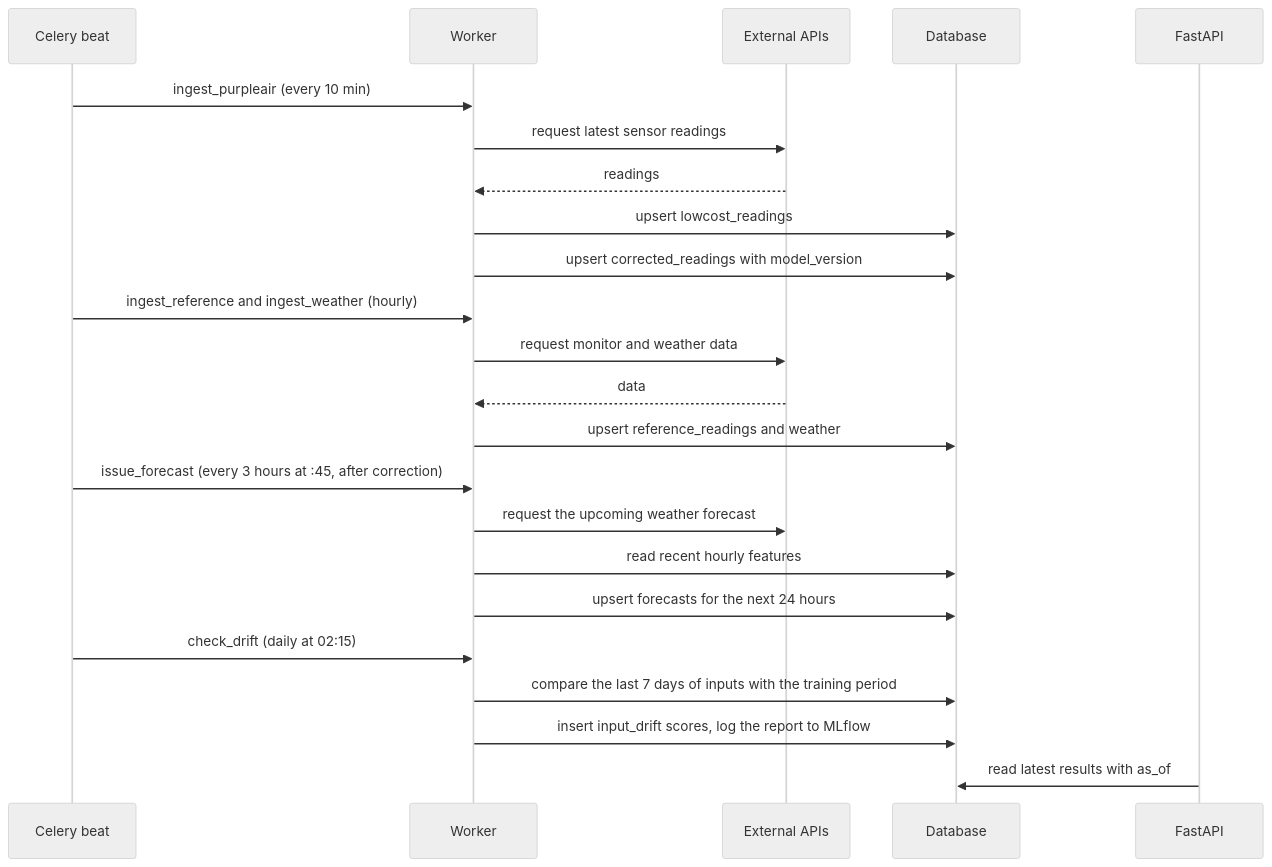
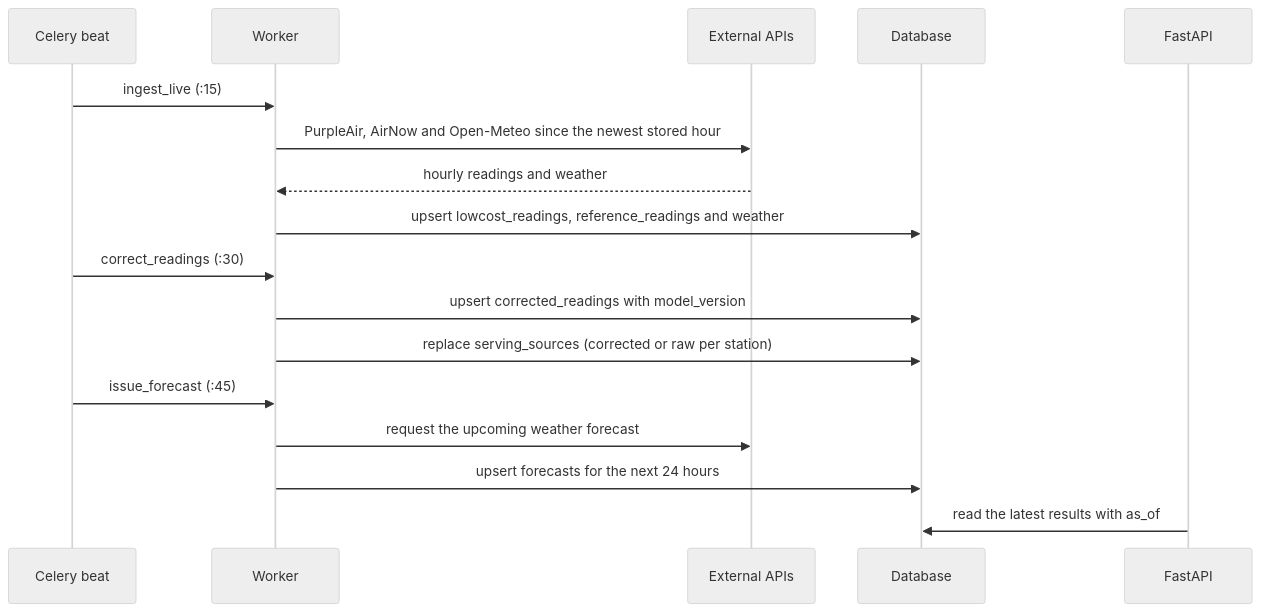
One commit to imhammad/airsight changed the second of 2 diagrams in docs/ARCHITECTURE.md. Above: the diagram before and after it, drawn with Mermaid (neutral theme). The commit also changed other lines of this file and 6 other files, not shown here.

Commit message:
docs: bring the architecture, runbook and guides up to date for v1.0.0 (#182)

````diff
--- a/docs/ARCHITECTURE.md
+++ b/docs/ARCHITECTURE.md
@@ -71,25 +84,19 @@
 ```mermaid
 sequenceDiagram
     participant Beat as Celery beat
     participant W as Worker
     participant Src as External APIs
     participant DB as Database
     participant API as FastAPI
-    Beat->>W: ingest_purpleair (every 10 min)
-    W->>Src: request latest sensor readings
-    Src-->>W: readings
-    W->>DB: upsert lowcost_readings
+    Beat->>W: ingest_live (:15)
+    W->>Src: PurpleAir, AirNow and Open-Meteo since the newest stored hour
+    Src-->>W: hourly readings and weather
+    W->>DB: upsert lowcost_readings, reference_readings and weather
+    Beat->>W: correct_readings (:30)
     W->>DB: upsert corrected_readings with model_version
-    Beat->>W: ingest_reference and ingest_weather (hourly)
-    W->>Src: request monitor and weather data
-    Src-->>W: data
-    W->>DB: upsert reference_readings and weather
-    Beat->>W: issue_forecast (every 3 hours at :45, after correction)
+    W->>DB: replace serving_sources (corrected or raw per station)
+    Beat->>W: issue_forecast (:45)
     W->>Src: request the upcoming weather forecast
-    W->>DB: read recent hourly features
     W->>DB: upsert forecasts for the next 24 hours
-    Beat->>W: check_drift (daily at 02:15)
-    W->>DB: compare the last 7 days of inputs with the training period
-    W->>DB: insert input_drift scores, log the report to MLflow
-    API->>DB: read latest results with as_of
+    API->>DB: read the latest results with as_of
 ```
````
